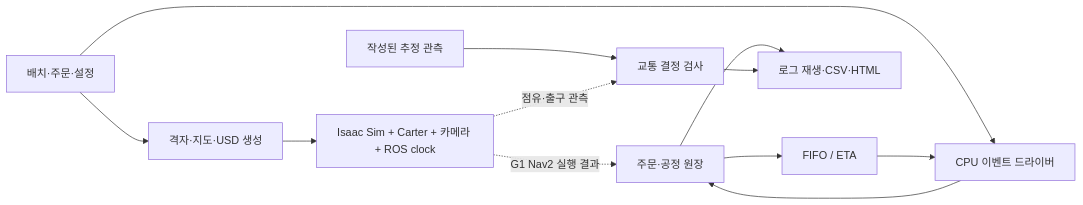
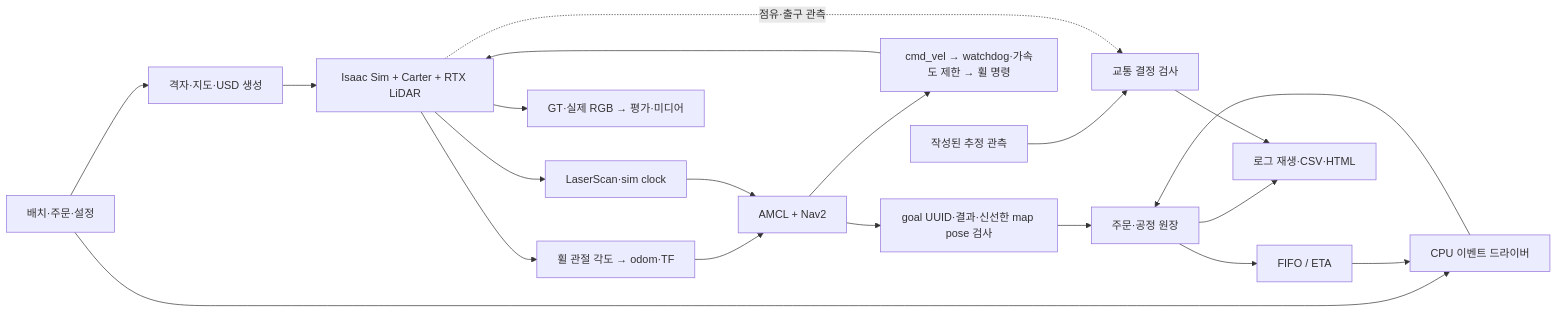
The diagram in docs/architecture.md (mmporong/factory-ops-twin), drawn with Mermaid before and after one commit. The commit also changed other lines of this file and 7 other files, not shown here.

````diff
--- a/docs/architecture.md
+++ b/docs/architecture.md
@@ -5,14 +5,22 @@
 ```mermaid
 flowchart LR
     C[배치·주문·설정] --> G[격자·지도·USD 생성]
     C --> D[CPU 이벤트 드라이버]
     D --> L[주문·공정 원장]
     L --> A[FIFO / ETA]
     A --> D
     O[작성된 추정 관측] --> T[교통 결정 검사]
     L --> R[로그 재생·CSV·HTML]
     T --> R
-    G --> I[Isaac Sim + Carter + 카메라 + ROS clock]
-    I -. G1 Nav2 실행 결과 .-> L
+    G --> I[Isaac Sim + Carter + RTX LiDAR]
+    I --> W[휠 관절 각도 → odom·TF]
+    I --> S[LaserScan·sim clock]
+    W --> N[AMCL + Nav2]
+    S --> N
+    N --> V[cmd_vel → watchdog·가속도 제한 → 휠 명령]
+    V --> I
+    N --> B[goal UUID·결과·신선한 map pose 검사]
+    B --> L
+    I --> Q[GT·실제 RGB → 평가·미디어]
     I -. 점유·출구 관측 .-> T
 ```
````
